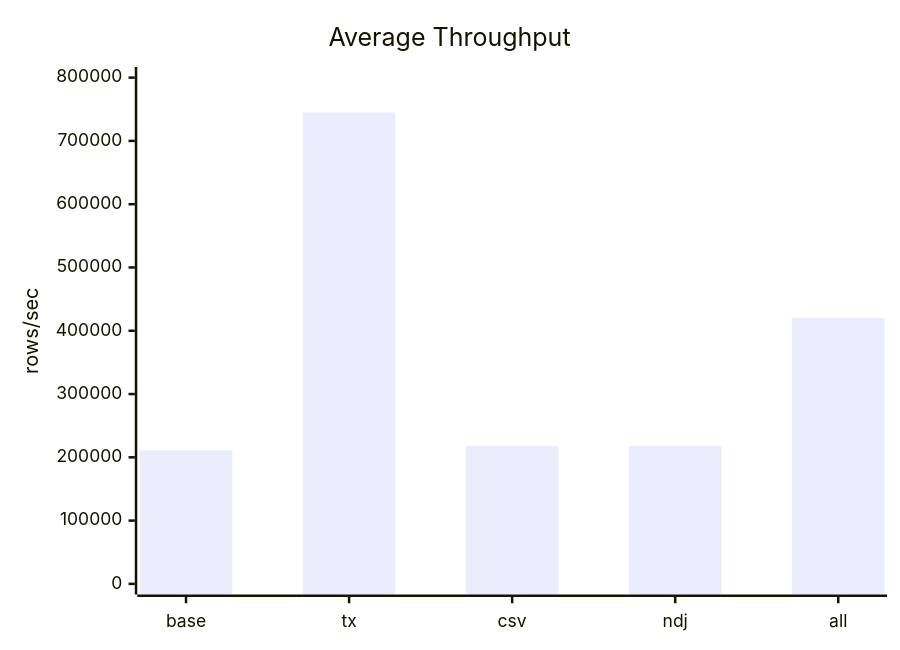
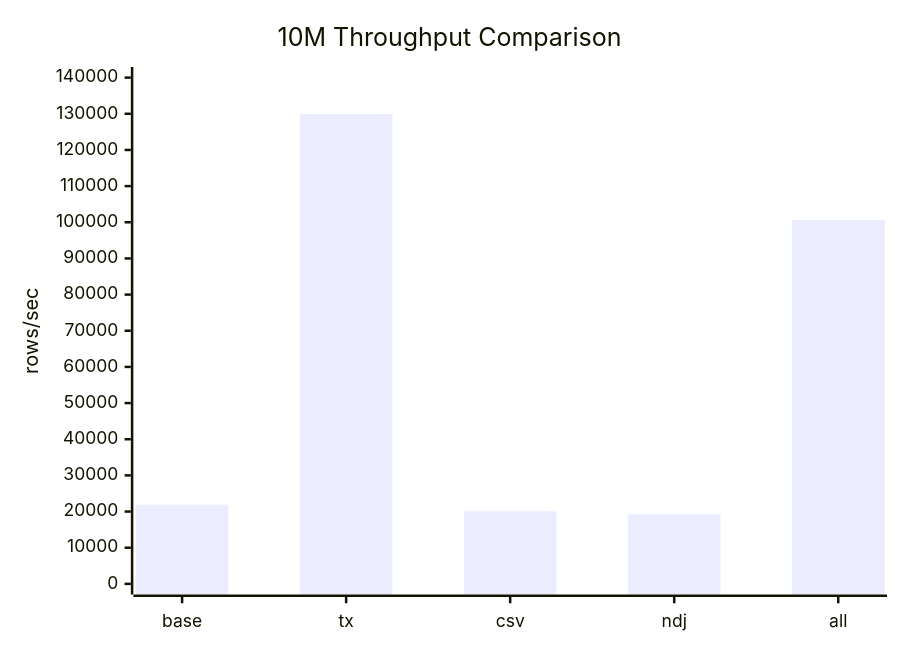
Before and after one commit to Raynhardt-Van-Zyl/noda-interview: the sixth of 9 diagrams in METRICS.md, drawn with Mermaid. The commit also changed other lines of this file and 1 other file, not shown here.

````diff
--- a/METRICS.md
+++ b/METRICS.md
@@ -72,7 +150,7 @@
 ```mermaid
 xychart-beta
-    title "Average Throughput"
+    title "10M Throughput Comparison"
     x-axis ["base", "tx", "csv", "ndj", "all"]
-    y-axis "rows/sec" 0 --> 800000
-    bar [211112, 744931, 218103, 217979, 420240]
+    y-axis "rows/sec" 0 --> 140000
+    bar [21903, 129929, 20074, 19245, 100644]
 ```
````
